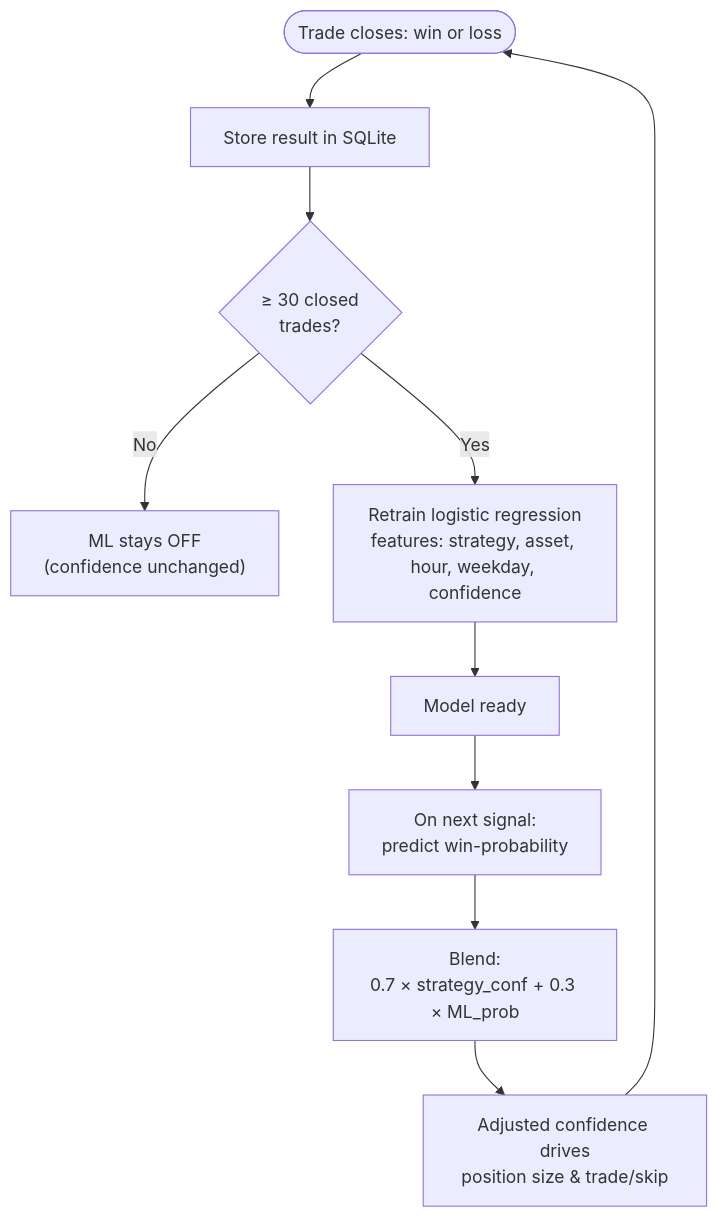
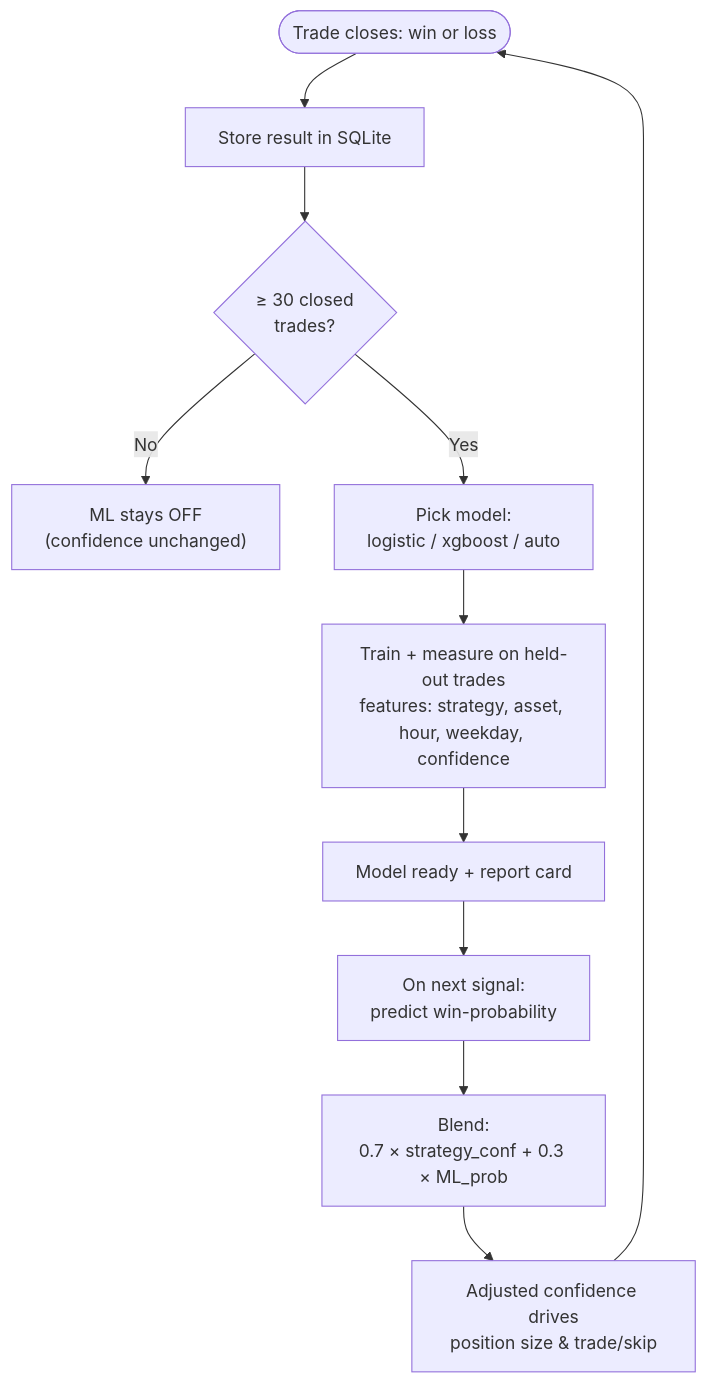
The third of 5 diagrams in docs/AI_WORKFLOW.md (MirandaCR/binary-quant-trader), drawn with Mermaid before and after one commit. The commit also changed other lines of this file and 18 other files, not shown here.

First line of the commit message:
feat: selectable ML model (XGBoost), plain-English report card, dead-code cleanup

````diff
--- a/docs/AI_WORKFLOW.md
+++ b/docs/AI_WORKFLOW.md
@@ -109,12 +109,13 @@
 ```mermaid
 flowchart TB
     START([Trade closes: win or loss]) --> STORE["Store result in SQLite"]
     STORE --> COUNT{"≥ 30 closed<br/>trades?"}
     COUNT -->|No| WAIT["ML stays OFF<br/>(confidence unchanged)"]
-    COUNT -->|Yes| TRAIN["Retrain logistic regression<br/>features: strategy, asset, hour, weekday, confidence"]
-    TRAIN --> READY["Model ready"]
+    COUNT -->|Yes| PICK["Pick model:<br/>logistic / xgboost / auto"]
+    PICK --> TRAIN["Train + measure on held-out trades<br/>features: strategy, asset, hour, weekday, confidence"]
+    TRAIN --> READY["Model ready + report card"]
     READY --> SCORE["On next signal:<br/>predict win-probability"]
     SCORE --> BLEND["Blend:<br/>0.7 × strategy_conf + 0.3 × ML_prob"]
     BLEND --> SIZE["Adjusted confidence drives<br/>position size & trade/skip"]
     SIZE --> START
 ```
````
